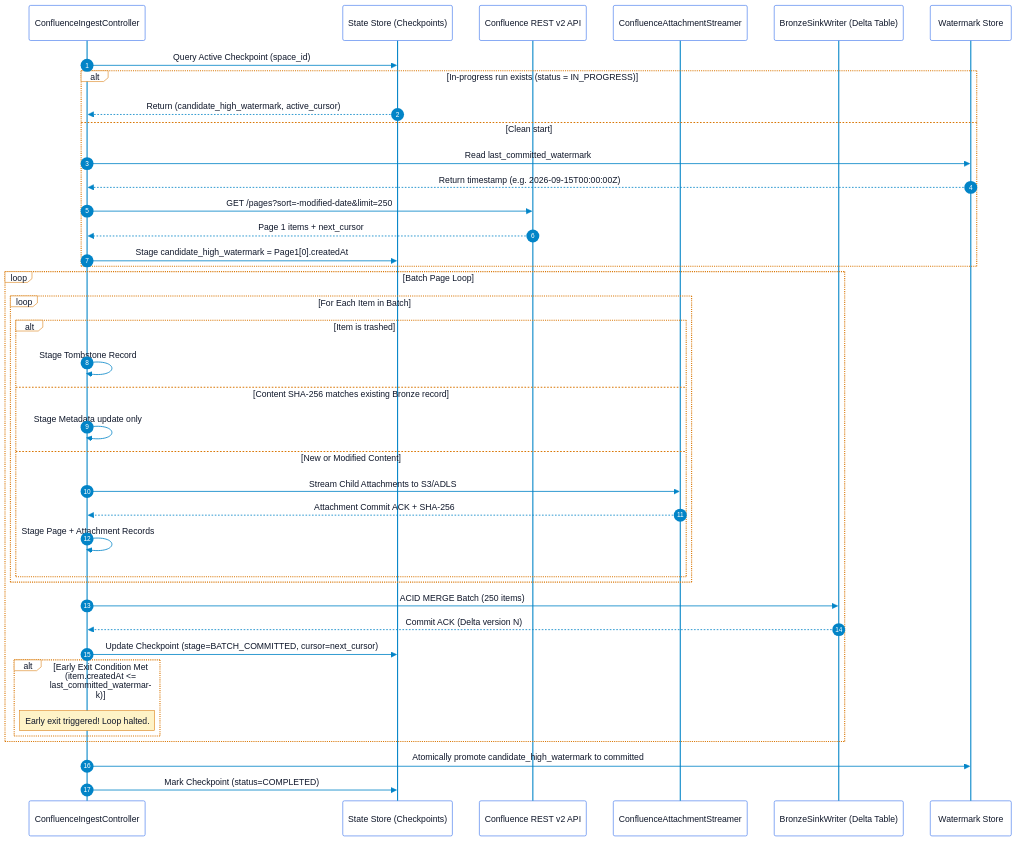
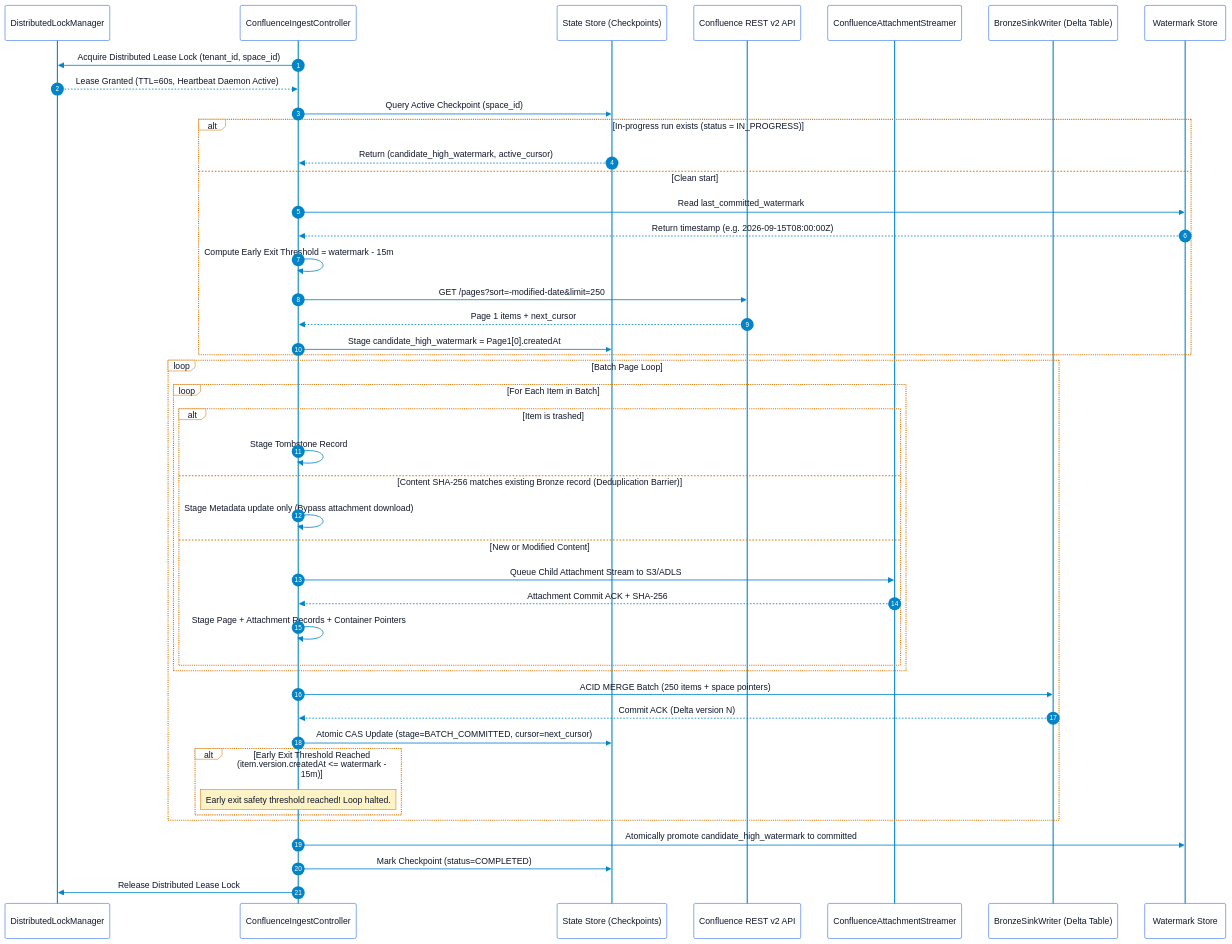
Before and after one commit to toanbui626391/document_ingestors: the second of 2 diagrams in docs/architectures/confluence_pull_ingestor_architecture.md, drawn with Mermaid. The commit also changed other lines of this file and 2 other files, not shown here.

Commit message:
feat(architecture): harden ingestors against top 5 enterprise failure modes

````diff
--- a/docs/architectures/confluence_pull_ingestor_architecture.md
+++ b/docs/architectures/confluence_pull_ingestor_architecture.md
@@ -162,73 +187,79 @@
 ```mermaid
 %%{init: {
   'theme': 'base',
   'themeVariables': {
     'primaryColor': '#ffffff',
     'primaryTextColor': '#0f172a',
     'primaryBorderColor': '#2563eb',
     'lineColor': '#0284c7',
     'secondaryColor': '#f8fafc',
     'tertiaryColor': '#ffffff',
     'activationBorderColor': '#2563eb',
     'activationBkgColor': '#e0f2fe',
     'sequenceNumberColor': '#ffffff',
     'actorBkg': '#ffffff',
     'actorBorder': '#2563eb',
     'actorTextColor': '#0f172a',
     'actorLineColor': '#0284c7',
     'signalColor': '#0284c7',
     'signalTextColor': '#0f172a',
     'labelBoxBkgColor': '#ffffff',
     'labelBoxBorderColor': '#d97706',
     'labelTextColor': '#0f172a',
     'loopTextColor': '#0f172a',
     'noteBkgColor': '#fef3c7',
     'noteBorderColor': '#d97706',
     'noteTextColor': '#0f172a'
   }
 }}%%
 sequenceDiagram
     autonumber
+    participant Lock as DistributedLockManager
     participant Ctrl as ConfluenceIngestController
     participant StateDB as State Store (Checkpoints)
     participant Conf as Confluence REST v2 API
     participant Stream as ConfluenceAttachmentStreamer
     participant Bronze as BronzeSinkWriter (Delta Table)
     participant Watermark as Watermark Store
 
+    Ctrl->>Lock: Acquire Distributed Lease Lock (tenant_id, space_id)
+    Lock-->>Ctrl: Lease Granted (TTL=60s, Heartbeat Daemon Active)
+
     Ctrl->>StateDB: Query Active Checkpoint (space_id)
     alt In-progress run exists (status = IN_PROGRESS)
         StateDB-->>Ctrl: Return (candidate_high_watermark, active_cursor)
     else Clean start
         Ctrl->>Watermark: Read last_committed_watermark
-        Watermark-->>Ctrl: Return timestamp (e.g. 2026-09-15T00:00:00Z)
+        Watermark-->>Ctrl: Return timestamp (e.g. 2026-09-15T08:00:00Z)
+        Ctrl->>Ctrl: Compute Early Exit Threshold = watermark - 15m
         Ctrl->>Conf: GET /pages?sort=-modified-date&limit=250
         Conf-->>Ctrl: Page 1 items + next_cursor
         Ctrl->>StateDB: Stage candidate_high_watermark = Page1[0].createdAt
     end
 
     loop Batch Page Loop
         loop For Each Item in Batch
             alt Item is trashed
                 Ctrl->>Ctrl: Stage Tombstone Record
-            else Content SHA-256 matches existing Bronze record
-                Ctrl->>Ctrl: Stage Metadata update only
+            else Content SHA-256 matches existing Bronze record (Deduplication Barrier)
+                Ctrl->>Ctrl: Stage Metadata update only (Bypass attachment download)
             else New or Modified Content
-                Ctrl->>Stream: Stream Child Attachments to S3/ADLS
+                Ctrl->>Stream: Queue Child Attachment Stream to S3/ADLS
                 Stream-->>Ctrl: Attachment Commit ACK + SHA-256
-                Ctrl->>Ctrl: Stage Page + Attachment Records
+                Ctrl->>Ctrl: Stage Page + Attachment Records + Container Pointers
             end
         end
 
-        Ctrl->>Bronze: ACID MERGE Batch (250 items)
+        Ctrl->>Bronze: ACID MERGE Batch (250 items + space pointers)
         Bronze-->>Ctrl: Commit ACK (Delta version N)
-        Ctrl->>StateDB: Update Checkpoint (stage=BATCH_COMMITTED, cursor=next_cursor)
+        Ctrl->>StateDB: Atomic CAS Update (stage=BATCH_COMMITTED, cursor=next_cursor)
 
-        alt Early Exit Condition Met (item.createdAt <= last_committed_watermark)
-            note over Ctrl: Early exit triggered! Loop halted.
+        alt Early Exit Threshold Reached (item.version.createdAt <= watermark - 15m)
+            note over Ctrl: Early exit safety threshold reached! Loop halted.
         end
     end
 
     Ctrl->>Watermark: Atomically promote candidate_high_watermark to committed
     Ctrl->>StateDB: Mark Checkpoint (status=COMPLETED)
+    Ctrl->>Lock: Release Distributed Lease Lock
 ```
````
